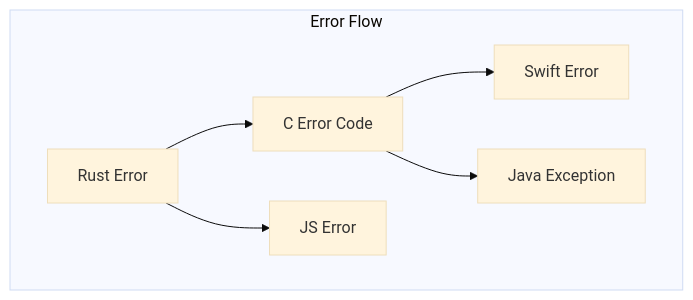
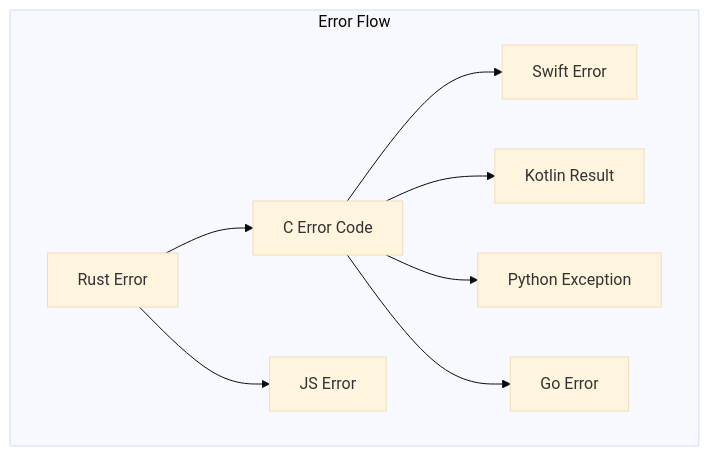
Before and after one commit to dashpay/platform: the sixth of 6 diagrams in docs/SDK_ARCHITECTURE.md, drawn with Mermaid (base theme). The commit also changed other lines of this file, not shown here.

Commit message:
architecture

````diff
--- a/docs/SDK_ARCHITECTURE.md
+++ b/docs/SDK_ARCHITECTURE.md
@@ -246,15 +296,19 @@
 ```mermaid
 graph TB
     subgraph "Error Flow"
         RE[Rust Error]
         CE[C Error Code]
         SE[Swift Error]
-        JE[Java Exception]
+        KE[Kotlin Result]
+        PE[Python Exception]
+        GE[Go Error]
         JSE[JS Error]
     end
     
     RE --> CE
     CE --> SE
-    CE --> JE
+    CE --> KE
+    CE --> PE
+    CE --> GE
     RE --> JSE
 ```
````
